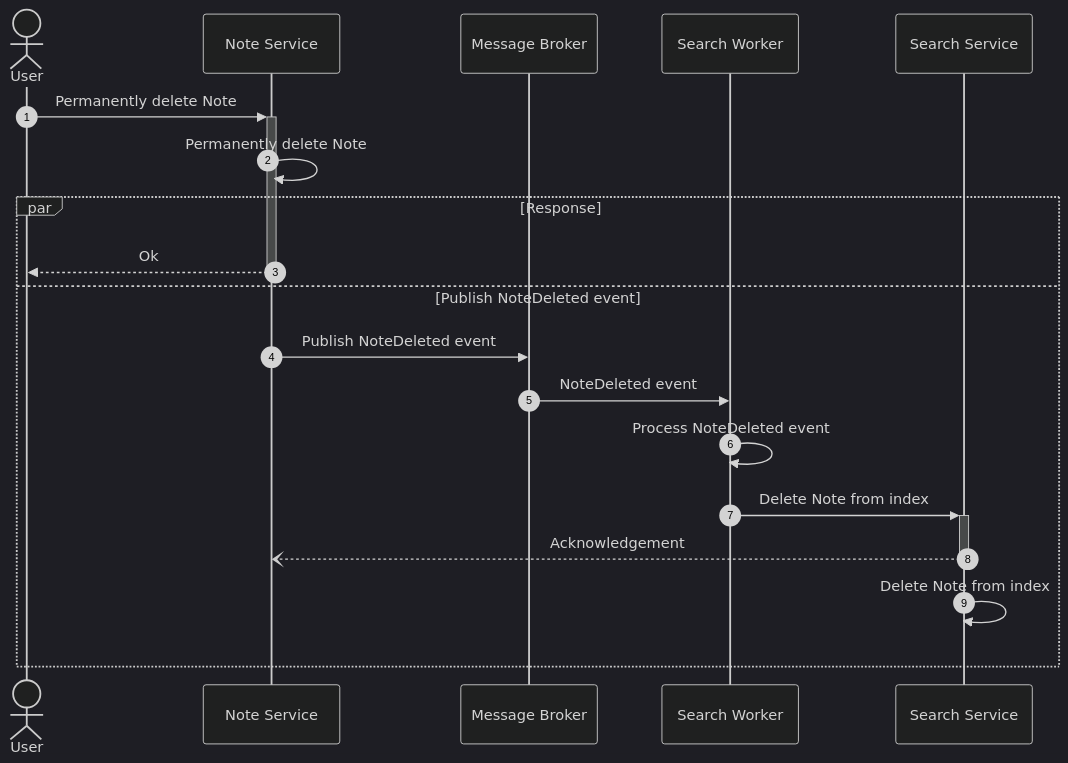
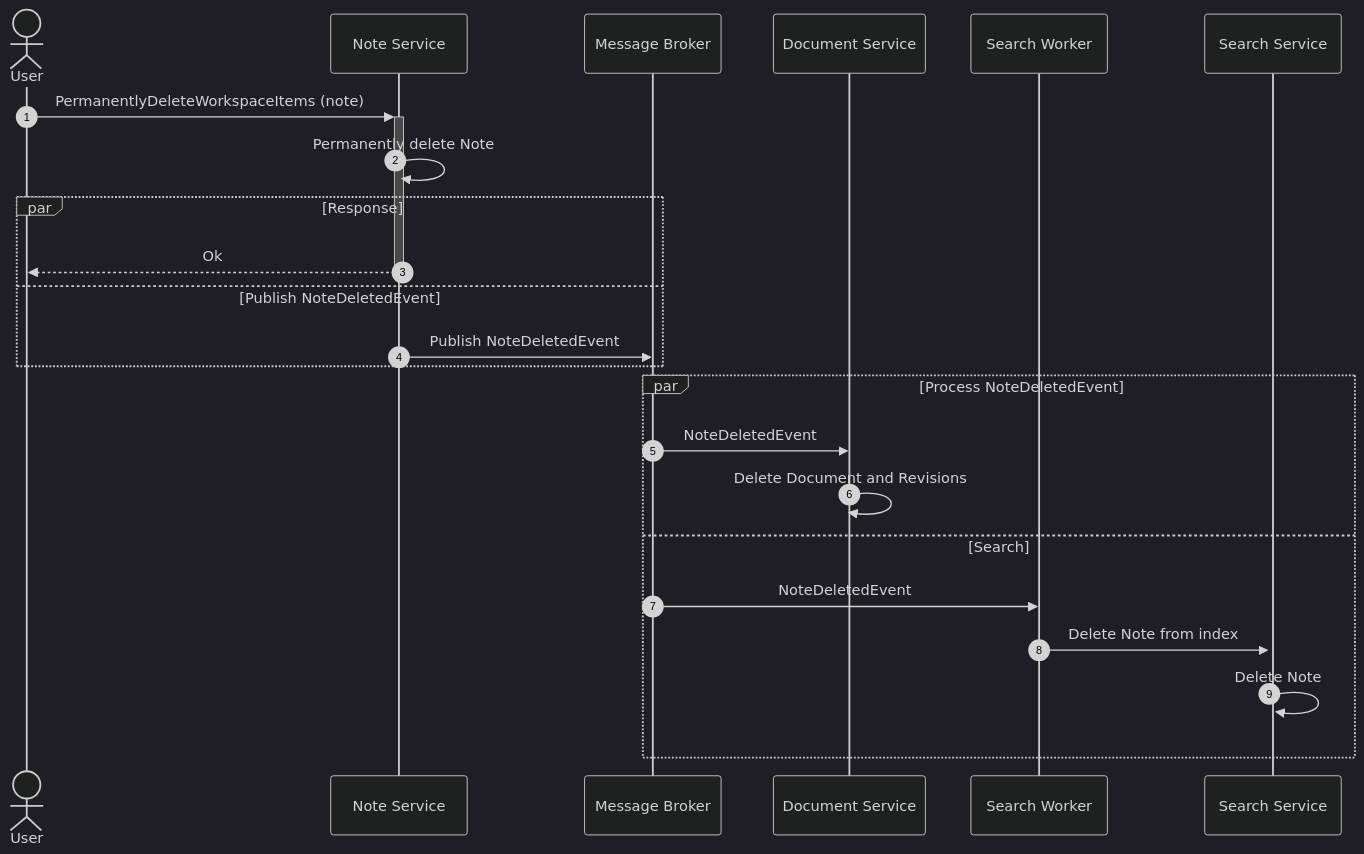
One commit to notopia-uit/notopia changed the fifth of 5 diagrams in docs/src/references/activity/note.md. Above: the diagram before and after it, drawn with Mermaid (dark theme). The commit also changed other lines of this file and 63 other files, not shown here.

````diff
--- a/docs/src/references/activity/note.md
+++ b/docs/src/references/activity/note.md
@@ -147,23 +134,27 @@
 ```mermaid
 sequenceDiagram
     autonumber
 
     actor U as User
     participant NS as Note Service
     participant MB as Message Broker
+    participant DS as Document Service
     participant SW as Search Worker
     participant SS as Search Service
 
-    U->>+NS: Permanently delete Note
+    U->>+NS: PermanentlyDeleteWorkspaceItems (note)
     NS->>NS: Permanently delete Note
     par Response
         NS-->>-U: Ok
-    and Publish NoteDeleted event
-        NS->>MB: Publish NoteDeleted event
-        MB->>SW: NoteDeleted event
-        SW->>SW: Process NoteDeleted event
+    and Publish NoteDeletedEvent
+        NS->>MB: Publish NoteDeletedEvent
+    end
+    par Process NoteDeletedEvent
+        MB->>DS: NoteDeletedEvent
+        DS->>DS: Delete Document and Revisions
+    and Search
+        MB->>SW: NoteDeletedEvent
         SW->>+SS: Delete Note from index
-        SS--)-NS: Acknowledgement
-        SS->>+SS: Delete Note from index
+        SS->>+SS: Delete Note
     end
 ```
````
